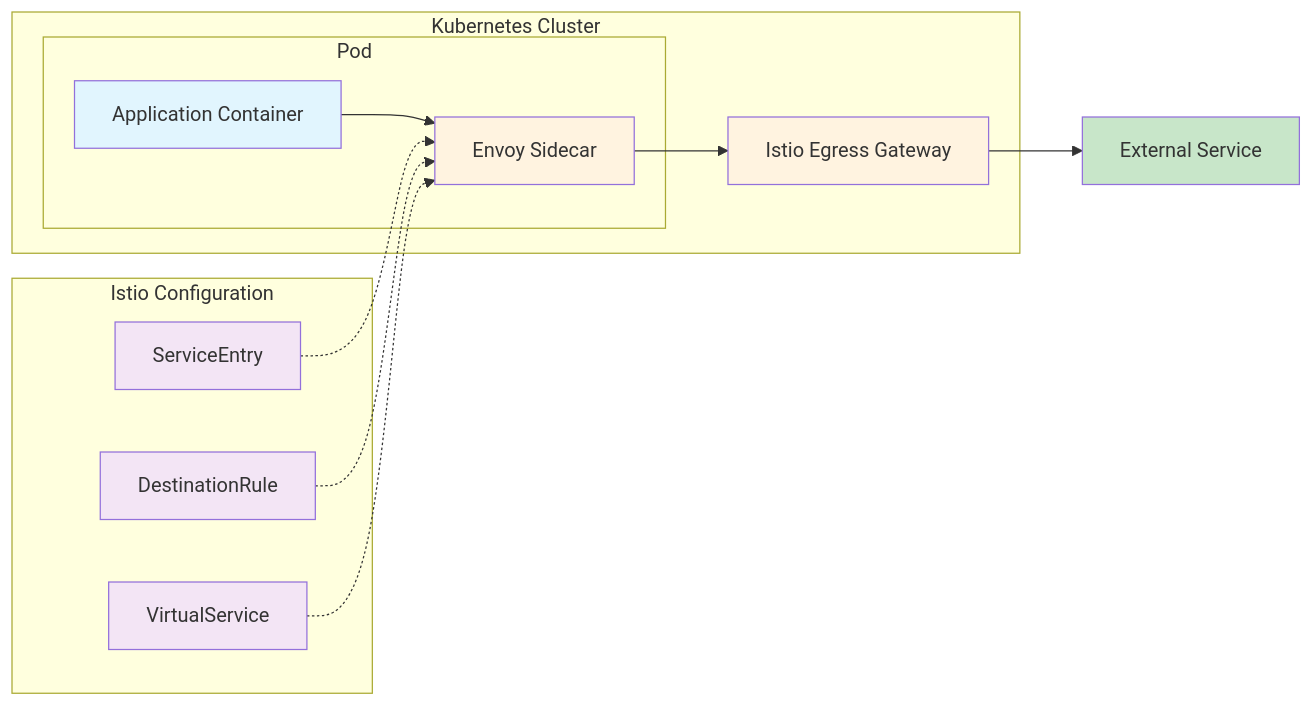
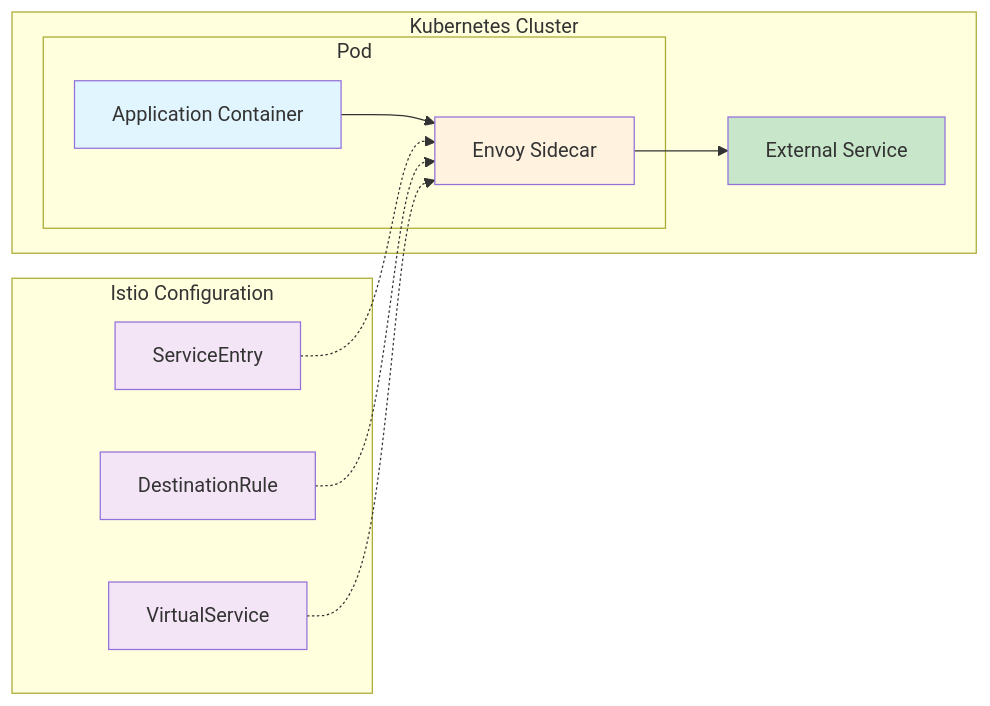
Before and after one commit to OneUptime/blog: the first of 5 diagrams in posts/2026-01-07-istio-service-entry-external/README.md, drawn with Mermaid. The commit also changed other lines of this file and 2 other files, not shown here.

Commit message:
validate: 2026-01-07-istio-service-entry-external

````diff
--- a/posts/2026-01-07-istio-service-entry-external/README.md
+++ b/posts/2026-01-07-istio-service-entry-external/README.md
@@ -31,25 +31,22 @@
 ```mermaid
 flowchart LR
     subgraph Kubernetes Cluster
         subgraph Pod
             A[Application Container] --> B[Envoy Sidecar]
         end
-        B --> C[Istio Egress Gateway]
+        B --> C[External Service]
     end
-
-    C --> D[External Service]
 
     subgraph Istio Configuration
         E[ServiceEntry] -.-> B
         F[DestinationRule] -.-> B
         G[VirtualService] -.-> B
     end
 
     style A fill:#e1f5fe
     style B fill:#fff3e0
-    style C fill:#fff3e0
-    style D fill:#c8e6c9
+    style C fill:#c8e6c9
     style E fill:#f3e5f5
     style F fill:#f3e5f5
     style G fill:#f3e5f5
 ```
````
